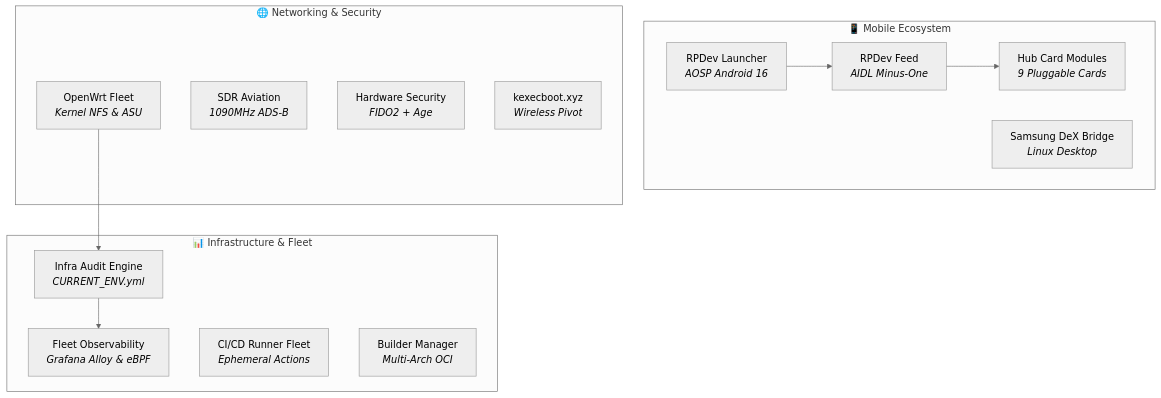
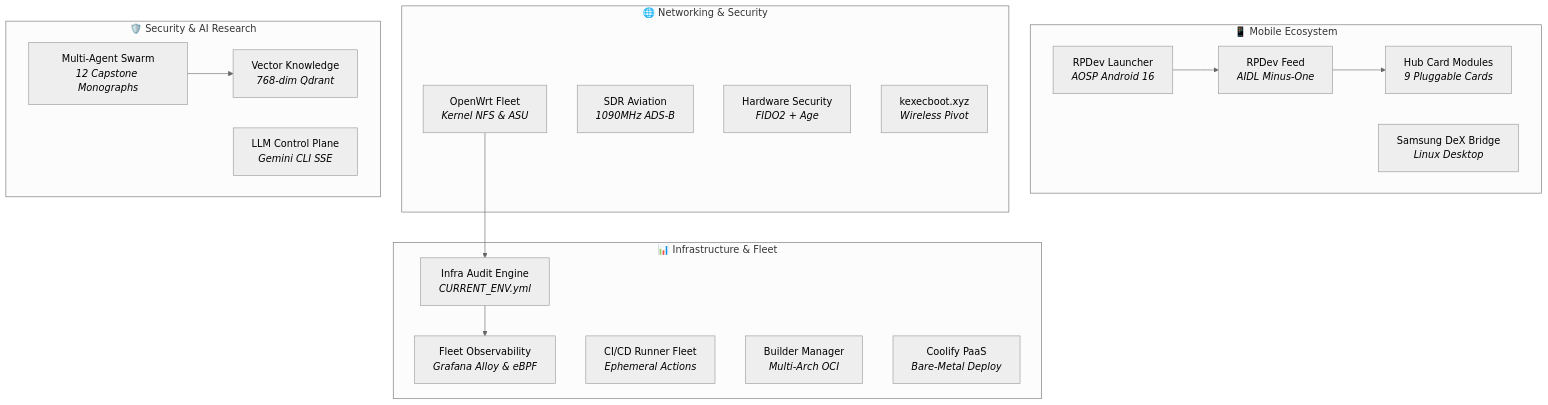
The diagram in content/projects/index.md (rpdev-cdn/wiki.iamrp.dev), drawn with Mermaid (neutral theme) before and after one commit. The commit also changed other lines of this file and 41 other files, not shown here.

Commit message:
feat(wiki): enrich knowledge base with Security & AI research monographs, interactive DocIngest tooling, and enterprise governance frameworks

````diff
--- a/content/projects/index.md
+++ b/content/projects/index.md
@@ -13,28 +13,36 @@
 ```mermaid
 graph TD
     subgraph Mobile["📱 Mobile Ecosystem"]
         Launcher["RPDev Launcher<br><i>AOSP Android 16</i>"]
         Feed["RPDev Feed<br><i>AIDL Minus-One</i>"]
         Modules["Hub Card Modules<br><i>9 Pluggable Cards</i>"]
         DeX["Samsung DeX Bridge<br><i>Linux Desktop</i>"]
     end
 
     subgraph Infra["📊 Infrastructure & Fleet"]
         Audit["Infra Audit Engine<br><i>CURRENT_ENV.yml</i>"]
         Alloy["Fleet Observability<br><i>Grafana Alloy & eBPF</i>"]
         BuildFleet["CI/CD Runner Fleet<br><i>Ephemeral Actions</i>"]
         OCI["Builder Manager<br><i>Multi-Arch OCI</i>"]
+        Coolify["Coolify PaaS<br><i>Bare-Metal Deploy</i>"]
     end
 
     subgraph NetSec["🌐 Networking & Security"]
         OpenWrt["OpenWrt Fleet<br><i>Kernel NFS & ASU</i>"]
         SDR["SDR Aviation<br><i>1090MHz ADS-B</i>"]
         FIDO2["Hardware Security<br><i>FIDO2 + Age</i>"]
         Kexec["kexecboot.xyz<br><i>Wireless Pivot</i>"]
     end
 
+    subgraph ResearchHub["🛡️ Security & AI Research"]
+        SARA["Multi-Agent Swarm<br><i>12 Capstone Monographs</i>"]
+        VectorDB["Vector Knowledge<br><i>768-dim Qdrant</i>"]
+        ControlPlane["LLM Control Plane<br><i>Gemini CLI SSE</i>"]
+    end
+
     Launcher --> Feed
     Feed --> Modules
     Audit --> Alloy
     OpenWrt --> Audit
+    SARA --> VectorDB
 ```
````
